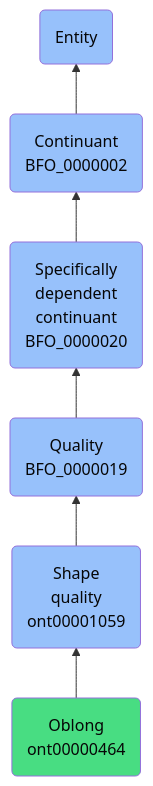
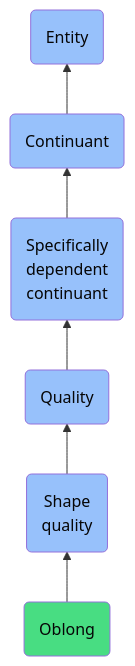
Before and after one commit to jupyter-naas/abi: the diagram in docs/ontology/reference/model/Entity/Continuant/Specifically dependent continuant/Quality/Shape quality/Oblong/Oblong.md, drawn with Mermaid. The commit also changed other lines of this file and 1430 other files, not shown here.

````diff
--- a/docs/ontology/reference/model/Entity/Continuant/Specifically dependent continuant/Quality/Shape quality/Oblong/Oblong.md
+++ b/docs/ontology/reference/model/Entity/Continuant/Specifically dependent continuant/Quality/Shape quality/Oblong/Oblong.md
@@ -24,13 +24,13 @@
 ```mermaid
 graph BT
-    ont00000464(Oblong<br>ont00000464):::ABI-->ont00001059
-    ont00001059(Shape<br>quality<br>ont00001059):::BFO-->BFO_0000019
-    BFO_0000019(Quality<br>BFO_0000019):::BFO-->BFO_0000020
-    BFO_0000020(Specifically<br>dependent<br>continuant<br>BFO_0000020):::BFO-->BFO_0000002
-    BFO_0000002(Continuant<br>BFO_0000002):::BFO-->BFO_0000001
+    ont00000464(Oblong):::ABI-->ont00001059
+    ont00001059(Shape<br>quality):::BFO-->BFO_0000019
+    BFO_0000019(Quality):::BFO-->BFO_0000020
+    BFO_0000020(Specifically<br>dependent<br>continuant):::BFO-->BFO_0000002
+    BFO_0000002(Continuant):::BFO-->BFO_0000001
     BFO_0000001(Entity):::BFO
     
     classDef BFO fill:#97c1fb,color:#060606
     classDef CCO fill:#e4c51e,color:#060606
     classDef ABI fill:#48DD82,color:#060606
 ```
````
